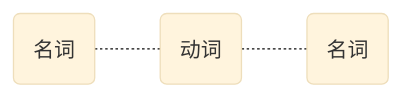
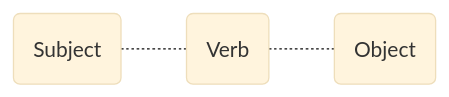
One commit to Dreamwalkor/little-book-of-ai changed the fifth of 5 diagrams in en/04.md. Above: the diagram before and after it, drawn with Mermaid (base theme). The commit also changed other lines of this file and 27 other files, not shown here.

````diff
--- a/en/04.md
+++ b/en/04.md
@@ -500,4 +386,4 @@
 ```mermaid
 flowchart LR
-noun1(名词)-.-verb(动词)-.-noun2(名词)
+noun1(Subject)-.-verb(Verb)-.-noun2(Object)
 ```
````
